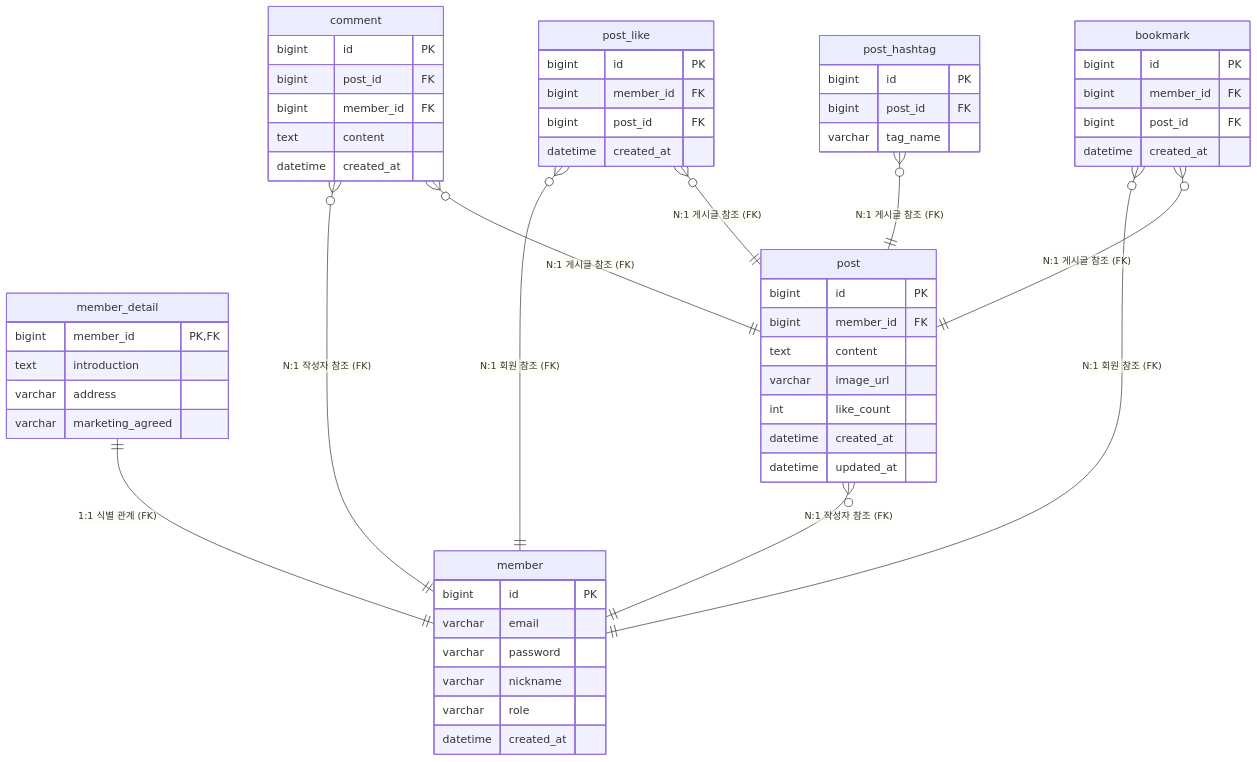
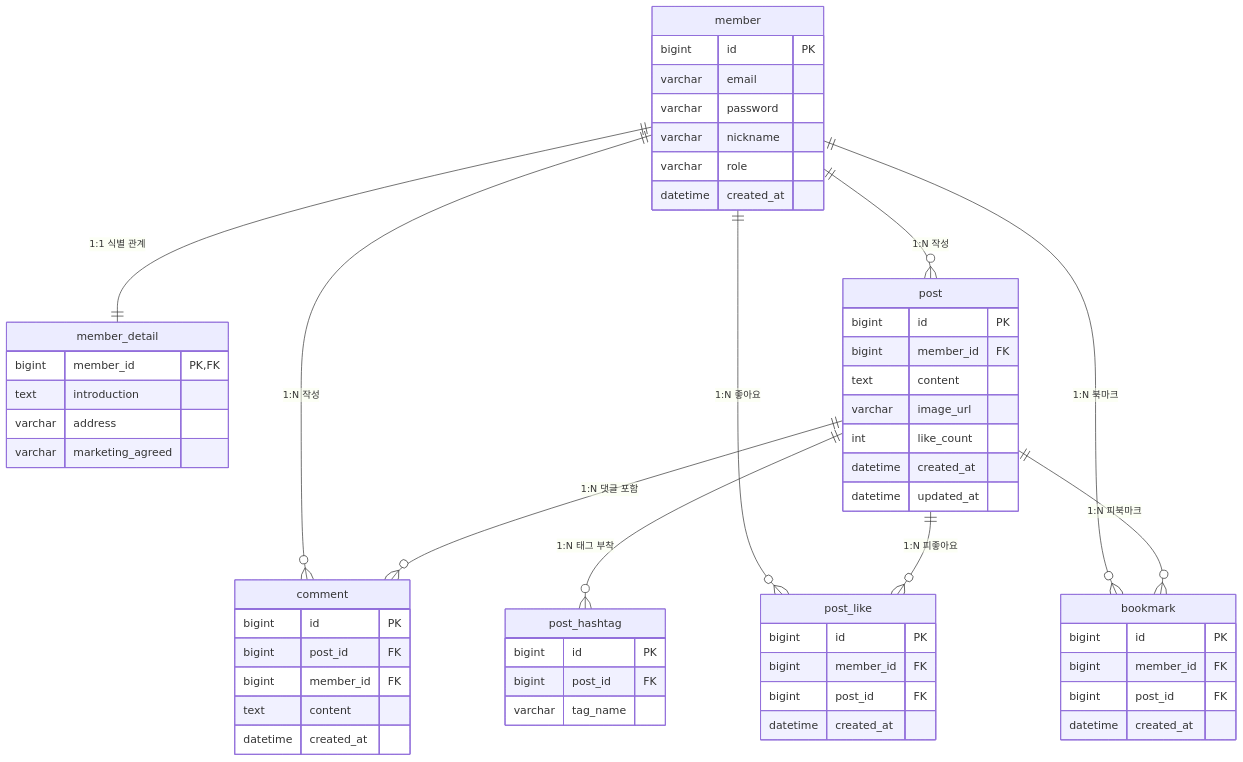
Before and after one commit to BEBC-25/02-springboot-yong: the first of 2 diagrams in docs/06.spring_data_jpa1_core.md, drawn with Mermaid.

````diff
--- a/docs/06.spring_data_jpa1_core.md
+++ b/docs/06.spring_data_jpa1_core.md
@@ -232,66 +232,66 @@
 ```mermaid
 erDiagram
-  member_detail ||--|| member : "1:1 식별 관계 (FK)"
-  post }o--|| member : "N:1 작성자 참조 (FK)"
-  comment }o--|| member : "N:1 작성자 참조 (FK)"
-  comment }o--|| post : "N:1 게시글 참조 (FK)"
-  post_like }o--|| member : "N:1 회원 참조 (FK)"
-  post_like }o--|| post : "N:1 게시글 참조 (FK)"
-  bookmark }o--|| member : "N:1 회원 참조 (FK)"
-  bookmark }o--|| post : "N:1 게시글 참조 (FK)"
-  post_hashtag }o--|| post : "N:1 게시글 참조 (FK)"
+  member ||--|| member_detail : "1:1 식별 관계"
+  member ||--o{ post : "1:N 작성"
+  member ||--o{ comment : "1:N 작성"
+  member ||--o{ post_like : "1:N 좋아요"
+  member ||--o{ bookmark : "1:N 북마크"
+  post ||--o{ comment : "1:N 댓글 포함"
+  post ||--o{ post_hashtag : "1:N 태그 부착"
+  post ||--o{ post_like : "1:N 피좋아요"
+  post ||--o{ bookmark : "1:N 피북마크"
 
   member {
     bigint id PK
     varchar email
     varchar password
     varchar nickname
     varchar role
     datetime created_at
   }
 
   member_detail {
     bigint member_id PK,FK
     text introduction
     varchar address
     varchar marketing_agreed
   }
 
   post {
     bigint id PK
     bigint member_id FK
     text content
     varchar image_url
     int like_count
     datetime created_at
     datetime updated_at
   }
 
   comment {
     bigint id PK
     bigint post_id FK
     bigint member_id FK
     text content
     datetime created_at
   }
 
   post_hashtag {
     bigint id PK
     bigint post_id FK
     varchar tag_name
   }
 
   post_like {
     bigint id PK
     bigint member_id FK
     bigint post_id FK
     datetime created_at
   }
 
   bookmark {
     bigint id PK
     bigint member_id FK
     bigint post_id FK
     datetime created_at
   }
 ```
````
